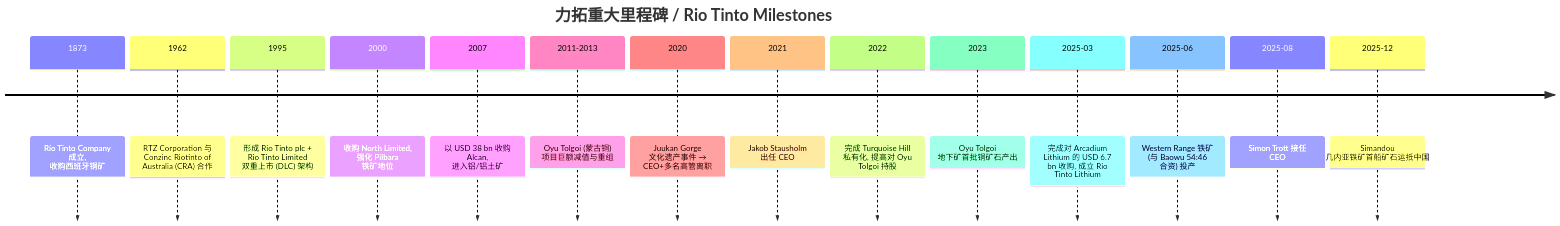
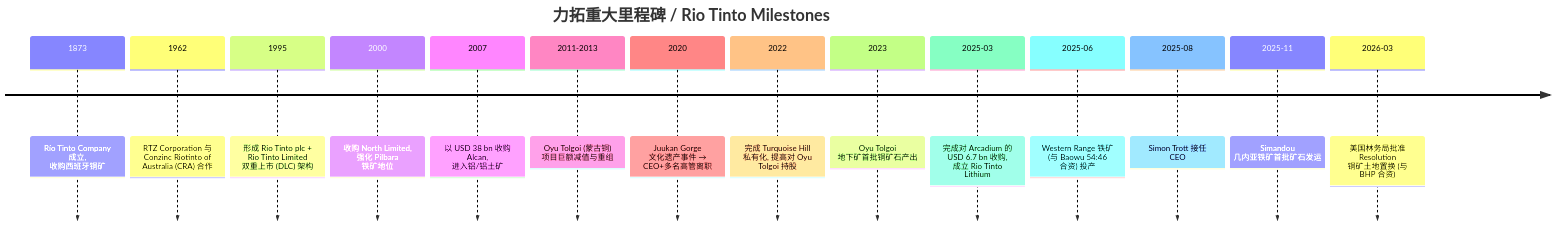
Before and after one commit to dadachundan/financial_agent: the first of 3 diagrams in reports/company/RioTinto_NYSE_RIO/RioTinto_NYSE_RIO_公司研究.md, drawn with Mermaid. The commit also changed other lines of this file and 10 other files, not shown here.

First line of the commit message:
feat(company-research): refresh Rio Tinto (RIO) to current spec — decision layer + full chart suite

````diff
--- a/reports/company/RioTinto_NYSE_RIO/RioTinto_NYSE_RIO_公司研究.md
+++ b/reports/company/RioTinto_NYSE_RIO/RioTinto_NYSE_RIO_公司研究.md
@@ -44,18 +448,18 @@
 ```mermaid
 timeline
     title 力拓重大里程碑 / Rio Tinto Milestones
     1873 : Río Tinto Company 成立, 收购西班牙铜矿
     1962 : RTZ Corporation 与 Conzinc Riotinto of Australia (CRA) 合作
     1995 : 形成 Rio Tinto plc + Rio Tinto Limited 双重上市 (DLC) 架构
     2000 : 收购 North Limited, 强化 Pilbara 铁矿地位
     2007 : 以 USD 38 bn 收购 Alcan, 进入铝/铝土矿
     2011-2013 : Oyu Tolgoi (蒙古铜) 项目巨额减值与重组
     2020 : Juukan Gorge 文化遗产事件 → CEO+多名高管离职
-    2021 : Jakob Stausholm 出任 CEO
     2022 : 完成 Turquoise Hill 私有化, 提高对 Oyu Tolgoi 持股
     2023 : Oyu Tolgoi 地下矿首批铜矿石产出
-    2025-03 : 完成对 Arcadium Lithium 的 USD 6.7 bn 收购, 成立 Rio Tinto Lithium
+    2025-03 : 完成对 Arcadium 的 USD 6.7 bn 收购, 成立 Rio Tinto Lithium
     2025-06 : Western Range 铁矿 (与 Baowu 54:46 合资) 投产
     2025-08 : Simon Trott 接任 CEO
-    2025-12 : Simandou 几内亚铁矿首船矿石运抵中国
+    2025-11 : Simandou 几内亚铁矿首批矿石发运
+    2026-03 : 美国林务局批准 Resolution 铜矿土地置换 (与 BHP 合资)
 ```
````
